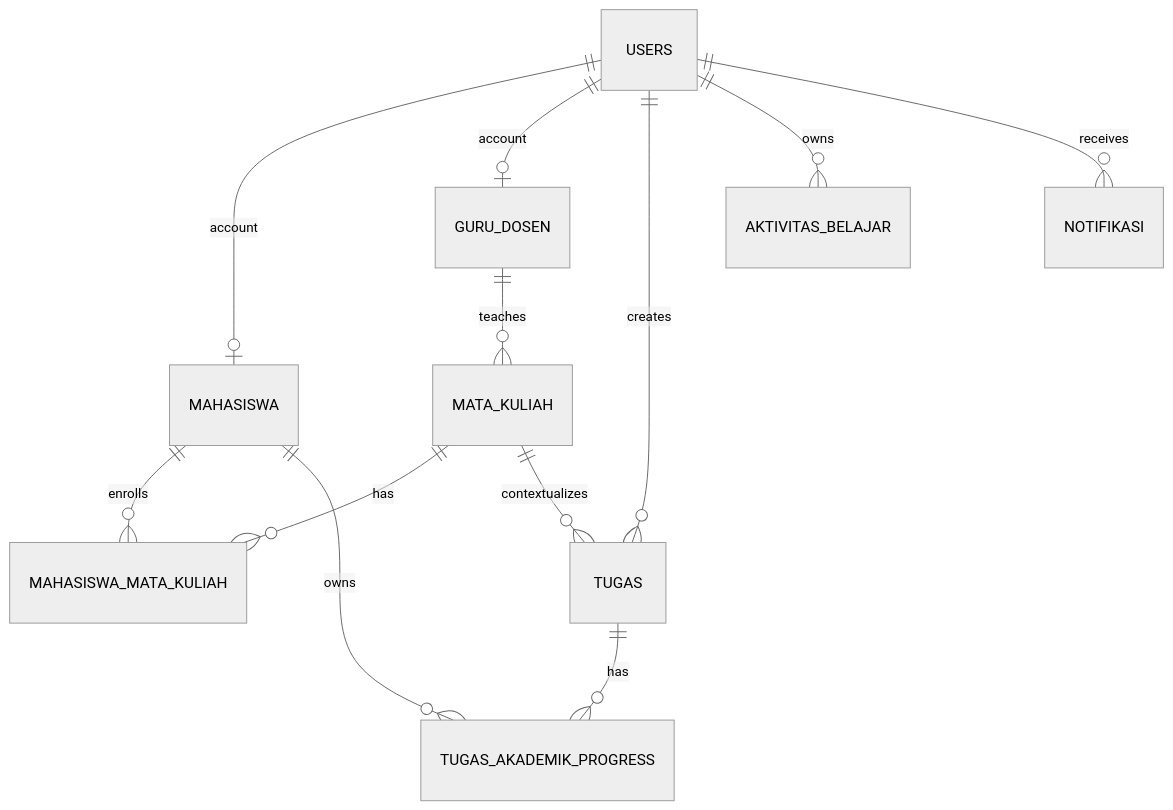
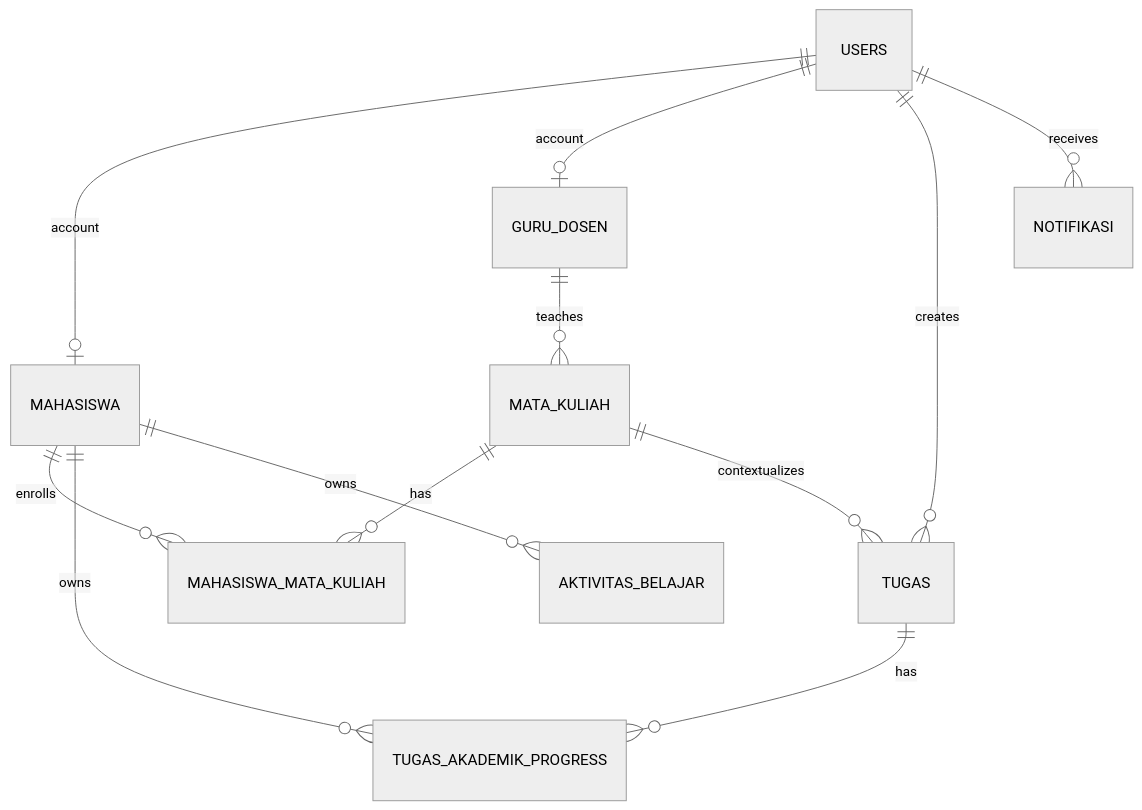
One commit to 23121028-1qbal-cloud/Aplikasi-Manajemen-Tugas-dan-Belajar-Mahasiswa changed the diagram in docs/06_DATABASE_DESIGN.md. Above: the diagram before and after it, drawn with Mermaid (neutral theme). The commit also changed other lines of this file and 70 other files, not shown here.

````diff
--- a/docs/06_DATABASE_DESIGN.md
+++ b/docs/06_DATABASE_DESIGN.md
@@ -46,14 +46,14 @@
 ```mermaid
 erDiagram
     USERS ||--o| MAHASISWA : account
     USERS ||--o| GURU_DOSEN : account
     GURU_DOSEN ||--o{ MATA_KULIAH : teaches
     MAHASISWA ||--o{ MAHASISWA_MATA_KULIAH : enrolls
     MATA_KULIAH ||--o{ MAHASISWA_MATA_KULIAH : has
     MATA_KULIAH ||--o{ TUGAS : contextualizes
     USERS ||--o{ TUGAS : creates
     TUGAS ||--o{ TUGAS_AKADEMIK_PROGRESS : has
     MAHASISWA ||--o{ TUGAS_AKADEMIK_PROGRESS : owns
-    USERS ||--o{ AKTIVITAS_BELAJAR : owns
+    MAHASISWA ||--o{ AKTIVITAS_BELAJAR : owns
     USERS ||--o{ NOTIFIKASI : receives
 ```
````
